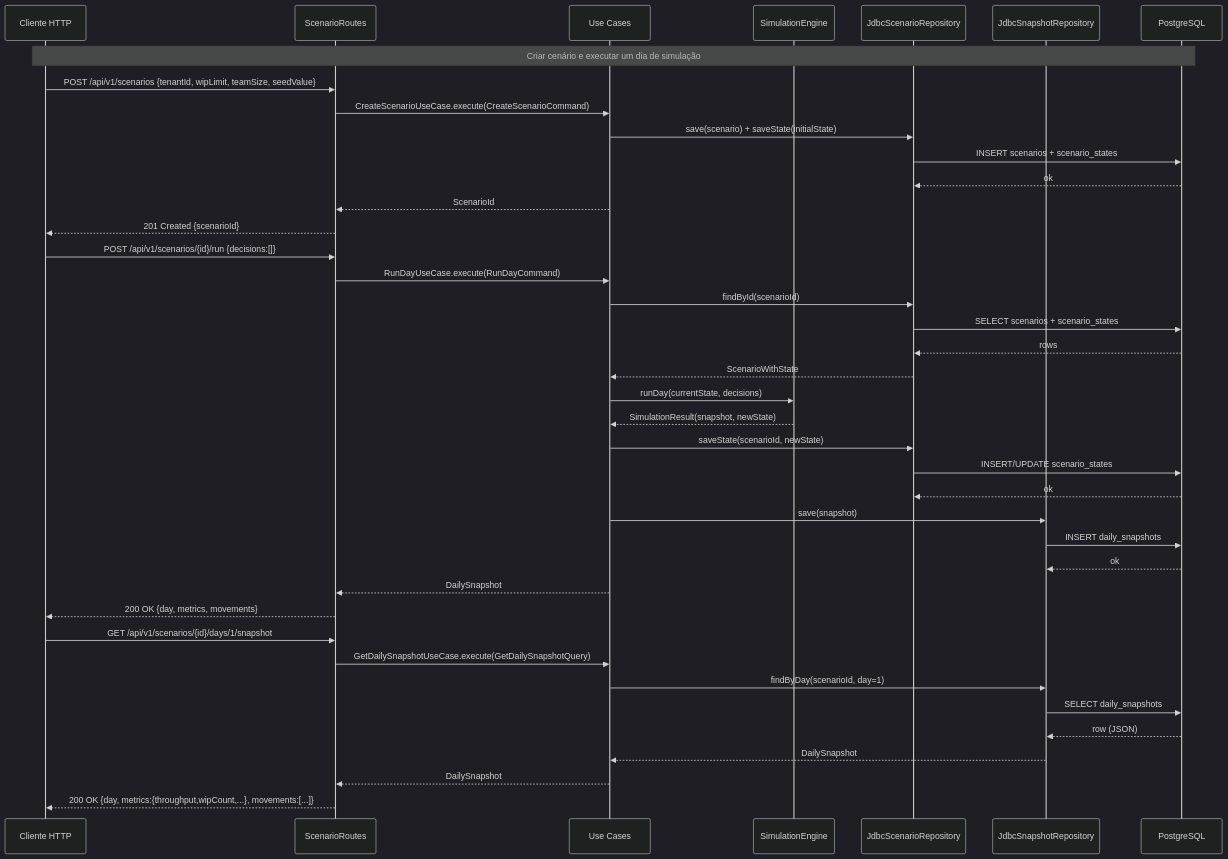
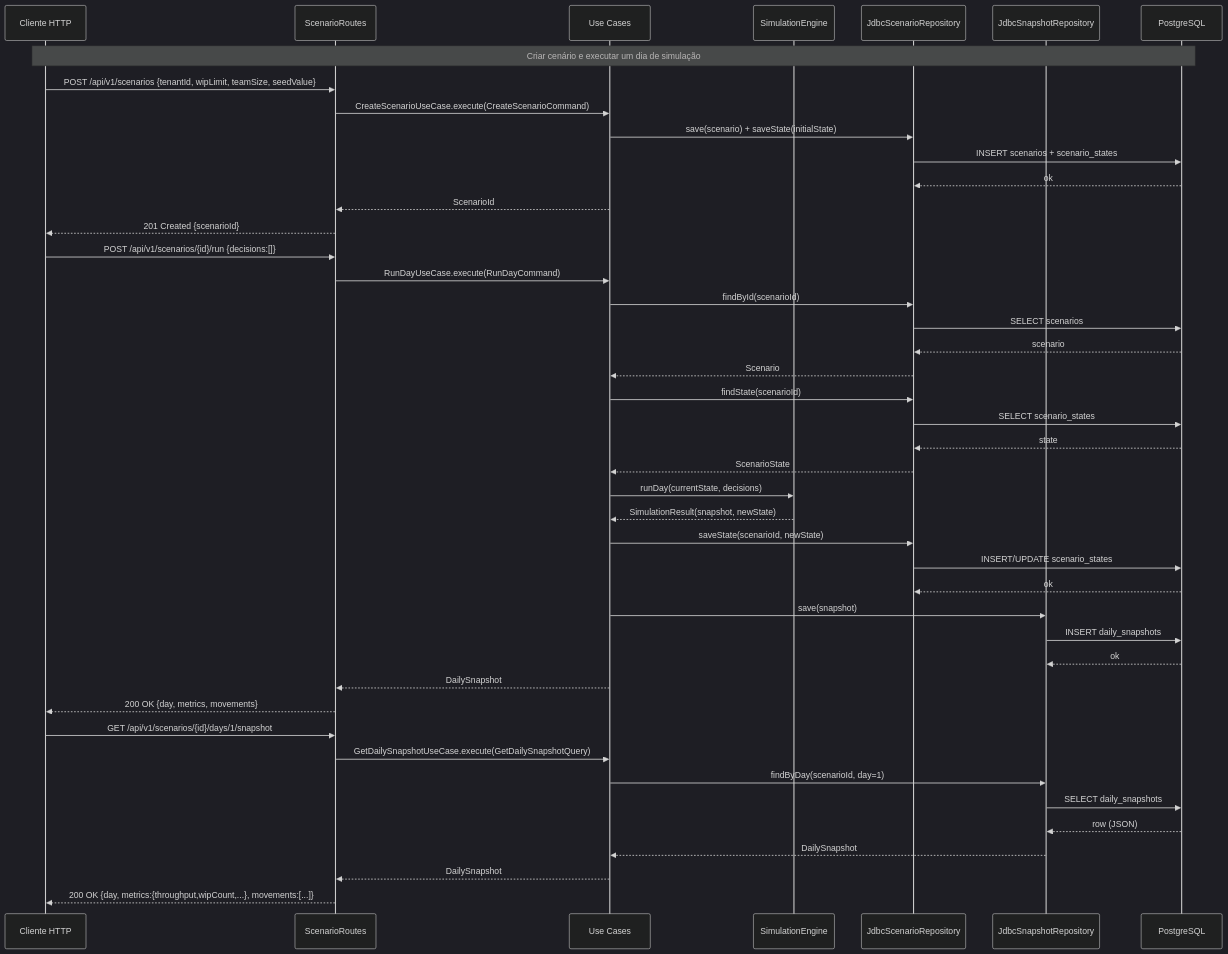
The sixth of 7 diagrams in README.md (agnaldo4j/kanban-vision-api-kt), drawn with Mermaid (dark theme) before and after one commit.

Commit message:
Potential fix for pull request finding

````diff
--- a/README.md
+++ b/README.md
@@ -243,46 +243,50 @@
 ```mermaid
 sequenceDiagram
   participant C as Cliente HTTP
   participant R as ScenarioRoutes
   participant UC as Use Cases
   participant SE as SimulationEngine
   participant SR as JdbcScenarioRepository
   participant SS as JdbcSnapshotRepository
   participant DB as PostgreSQL
 
   Note over C,DB: Criar cenário e executar um dia de simulação
 
   C->>R: POST /api/v1/scenarios {tenantId, wipLimit, teamSize, seedValue}
   R->>UC: CreateScenarioUseCase.execute(CreateScenarioCommand)
   UC->>SR: save(scenario) + saveState(initialState)
   SR->>DB: INSERT scenarios + scenario_states
   DB-->>SR: ok
   UC-->>R: ScenarioId
   R-->>C: 201 Created {scenarioId}
 
   C->>R: POST /api/v1/scenarios/{id}/run {decisions:[]}
   R->>UC: RunDayUseCase.execute(RunDayCommand)
   UC->>SR: findById(scenarioId)
-  SR->>DB: SELECT scenarios + scenario_states
-  DB-->>SR: rows
-  SR-->>UC: ScenarioWithState
+  SR->>DB: SELECT scenarios
+  DB-->>SR: scenario
+  SR-->>UC: Scenario
+  UC->>SR: findState(scenarioId)
+  SR->>DB: SELECT scenario_states
+  DB-->>SR: state
+  SR-->>UC: ScenarioState
   UC->>SE: runDay(currentState, decisions)
   SE-->>UC: SimulationResult(snapshot, newState)
   UC->>SR: saveState(scenarioId, newState)
   SR->>DB: INSERT/UPDATE scenario_states
   DB-->>SR: ok
   UC->>SS: save(snapshot)
   SS->>DB: INSERT daily_snapshots
   DB-->>SS: ok
   UC-->>R: DailySnapshot
   R-->>C: 200 OK {day, metrics, movements}
 
   C->>R: GET /api/v1/scenarios/{id}/days/1/snapshot
   R->>UC: GetDailySnapshotUseCase.execute(GetDailySnapshotQuery)
   UC->>SS: findByDay(scenarioId, day=1)
   SS->>DB: SELECT daily_snapshots
   DB-->>SS: row (JSON)
   SS-->>UC: DailySnapshot
   UC-->>R: DailySnapshot
   R-->>C: 200 OK {day, metrics:{throughput,wipCount,...}, movements:[...]}
 ```
````
